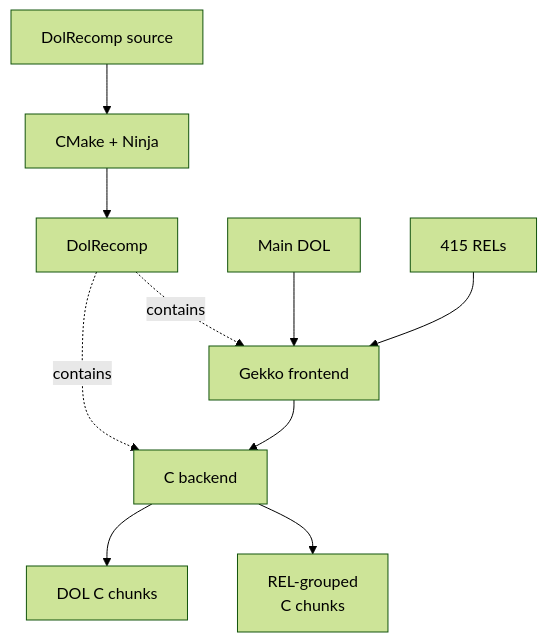
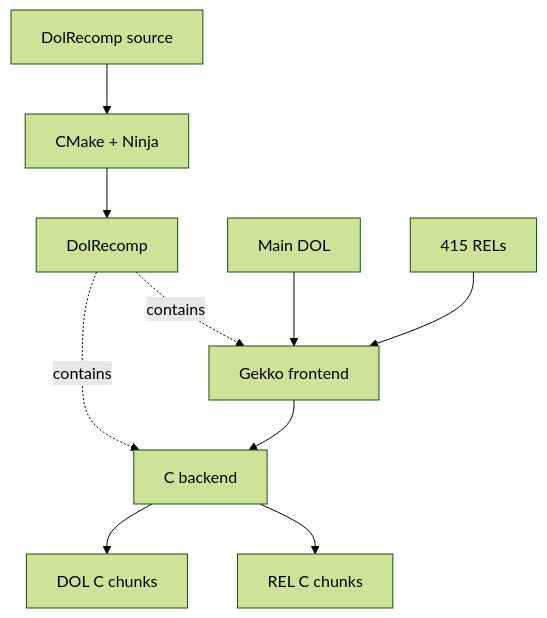
One commit to Aelbannan/boat_of_daphnes changed the seventh of 10 diagrams in docs/architecture/Build.md. Above: the diagram before and after it, drawn with Mermaid (forest theme). The commit also changed other lines of this file, not shown here.

Commit message:
Simplify Build diagram labels

````diff
--- a/docs/architecture/Build.md
+++ b/docs/architecture/Build.md
@@ -387,22 +383,21 @@
 ```mermaid
 flowchart TD
     Source["DolRecomp source"]
     Build["CMake + Ninja"]
     Tool["DolRecomp"]
     Dol["Main DOL"]
     Rels["415 RELs"]
     Frontend["Gekko frontend"]
     Backend["C backend"]
     DolC["DOL C chunks"]
-    RelC["`REL-grouped
-C chunks`"]
+    RelC["REL C chunks"]
 
     Source --> Build --> Tool
     Tool -. "contains" .-> Frontend
     Tool -. "contains" .-> Backend
     Dol --> Frontend
     Rels --> Frontend
     Frontend --> Backend
     Backend --> DolC
     Backend --> RelC
 ```
````
